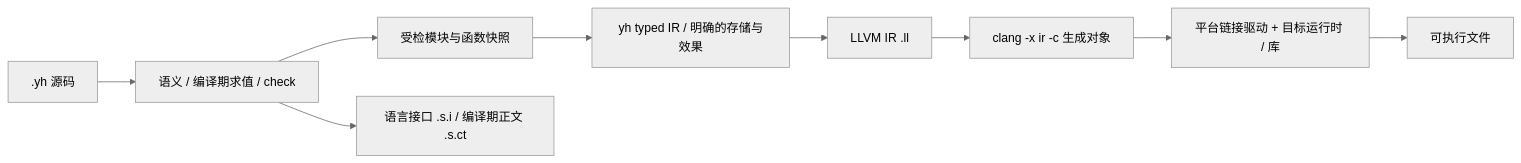
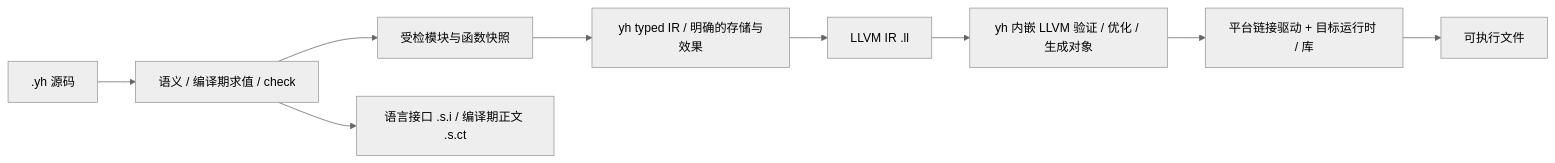
One commit to lalavender/x changed the diagram in docs/03-design/yh-LLVM后端替换设计.md. Above: the diagram before and after it, drawn with Mermaid (neutral theme). The commit also changed other lines of this file and 5 other files, not shown here.

````diff
--- a/docs/03-design/yh-LLVM后端替换设计.md
+++ b/docs/03-design/yh-LLVM后端替换设计.md
@@ -54,11 +55,11 @@
 ```mermaid
 flowchart LR
     S[.yh 源码] --> C[语义 / 编译期求值 / check]
     C --> M[受检模块与函数快照]
     M --> I[yh typed IR / 明确的存储与效果]
     I --> L[LLVM IR .ll]
-    L --> O[clang -x ir -c 生成对象]
+    L --> O[yh 内嵌 LLVM 验证 / 优化 / 生成对象]
     O --> E[平台链接驱动 + 目标运行时 / 库]
     E --> P[可执行文件]
     C --> F[语言接口 .s.i / 编译期正文 .s.ct]
 ```
````
